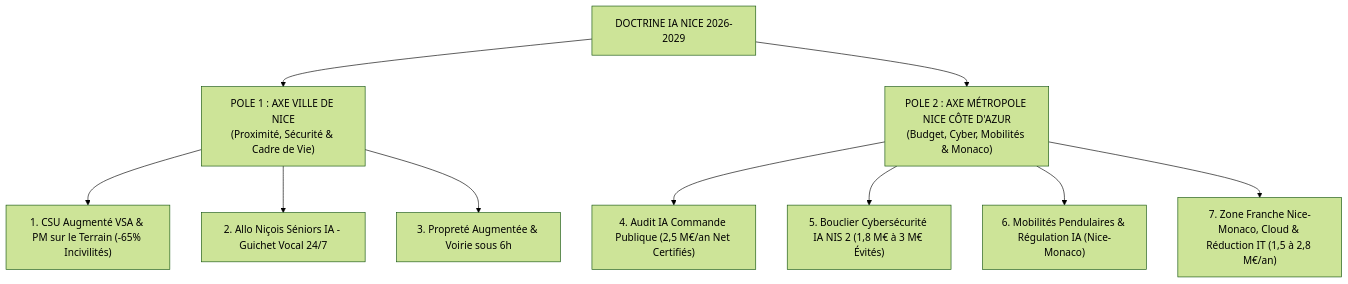
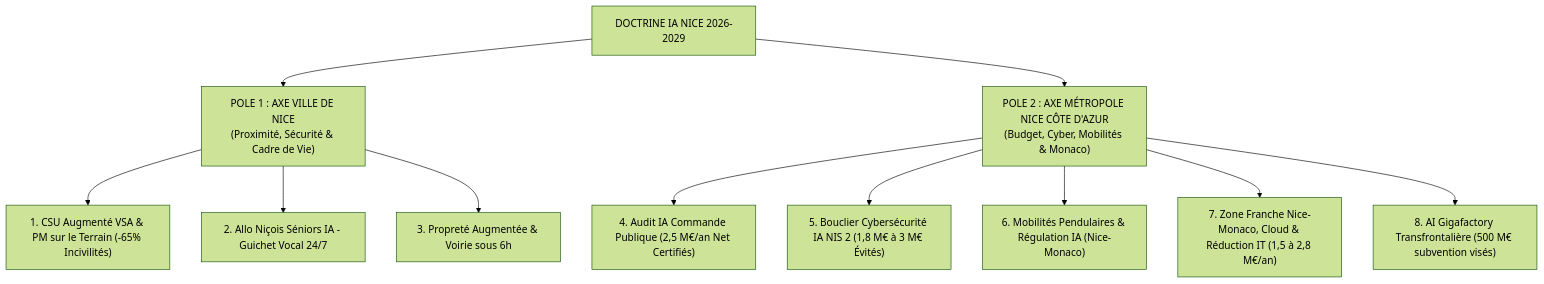
One commit to benoit-sigwald/arxWeb changed the diagram in Note_de_Position_Nice_IA_Ciotti.md. Above: the diagram before and after it, drawn with Mermaid (forest theme). The commit also changed other lines of this file and 1 other file, not shown here.

````diff
--- a/Note_de_Position_Nice_IA_Ciotti.md
+++ b/Note_de_Position_Nice_IA_Ciotti.md
@@ -25,14 +25,15 @@
 ```mermaid
 flowchart TD
     A["DOCTRINE IA NICE 2026-2029"] --> B["POLE 1 : AXE VILLE DE NICE<br/>(Proximité, Sécurité & Cadre de Vie)"]
     A --> C["POLE 2 : AXE MÉTROPOLE NICE CÔTE D'AZUR<br/>(Budget, Cyber, Mobilités & Monaco)"]
 
     B --> B1["1. CSU Augmenté VSA & PM sur le Terrain (-65% Incivilités)"]
     B --> B2["2. Allo Niçois Séniors IA - Guichet Vocal 24/7"]
     B --> B3["3. Propreté Augmentée & Voirie sous 6h"]
 
     C --> C1["4. Audit IA Commande Publique (2,5 M€/an Net Certifiés)"]
     C --> C2["5. Bouclier Cybersécurité IA NIS 2 (1,8 M€ à 3 M€ Évités)"]
     C --> C3["6. Mobilités Pendulaires & Régulation IA (Nice-Monaco)"]
     C --> C4["7. Zone Franche Nice-Monaco, Cloud & Réduction IT (1,5 à 2,8 M€/an)"]
+    C --> C5["8. AI Gigafactory Transfrontalière (500 M€ subvention visés)"]
 ```
````
